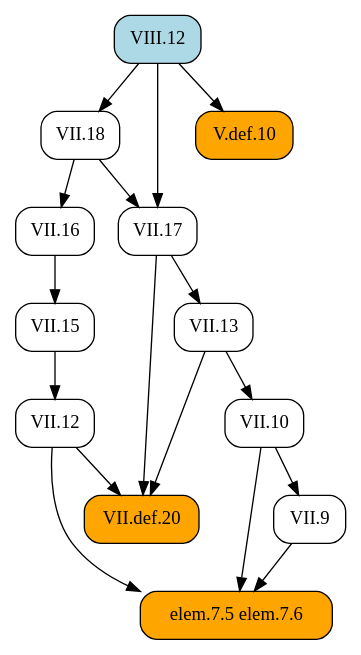
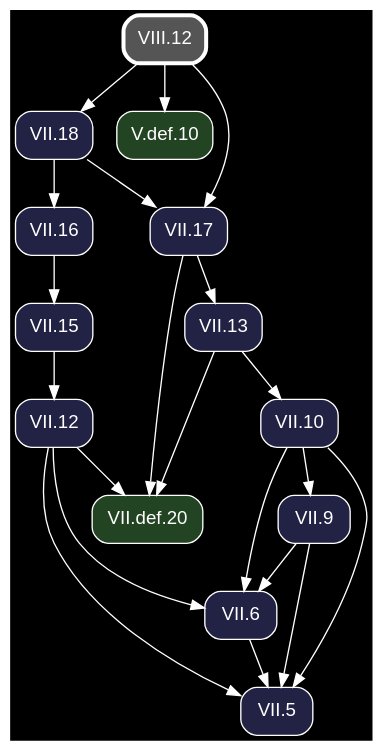
One commit to geometor/elements changed the diagram in docsrc/heath/VIII/12/index.rst. Above: the diagram before and after it, drawn with Graphviz. The commit also changed other lines of this file and 1200 other files, not shown here.

Commit message:
update dependency graphs

```diff
--- a/docsrc/heath/VIII/12/index.rst
+++ b/docsrc/heath/VIII/12/index.rst
@@ -60,34 +60,41 @@
 .. graphviz::
 
    digraph {
+     bgcolor="black";
+     node [shape=box, style="rounded,filled", fontname="Helvetica", color="white", fontcolor="white"];
+     edge [color="white", fontcolor="white"];
      rankdir="TB";
-     node [shape=box, style=rounded];
-     "VII.13" [URL="/heath/VII/13/", target="_top"];
-     "VII.12" [URL="/heath/VII/12/", target="_top"];
-     "elem.7.5 elem.7.6" [style="rounded,filled", fillcolor=orange];
-     "VII.9" [URL="/heath/VII/9/", target="_top"];
-     "VII.18" [URL="/heath/VII/18/", target="_top"];
-     "VII.def.20" [style="rounded,filled", fillcolor=orange, URL="/heath/VII/def.20/", target="_top"];
-     "VII.16" [URL="/heath/VII/16/", target="_top"];
-     "VIII.12" [style="rounded,filled", fillcolor=lightblue, URL="/heath/VIII/12/", target="_top"];
-     "VII.17" [URL="/heath/VII/17/", target="_top"];
-     "V.def.10" [style="rounded,filled", fillcolor=orange, URL="/heath/V/def.10/", target="_top"];
-     "VII.15" [URL="/heath/VII/15/", target="_top"];
-     "VII.10" [URL="/heath/VII/10/", target="_top"];
+     "VII.12" [fillcolor="#222244", URL="/heath/VII/12/", target="_top"];
+     "VII.13" [fillcolor="#222244", URL="/heath/VII/13/", target="_top"];
+     "VIII.12" [penwidth=3, color="white", fillcolor="#555555", URL="/heath/VIII/12/", target="_top"];
+     "VII.10" [fillcolor="#222244", URL="/heath/VII/10/", target="_top"];
+     "VII.18" [fillcolor="#222244", URL="/heath/VII/18/", target="_top"];
+     "V.def.10" [fillcolor="#224422", URL="/heath/V/def.10/", target="_top"];
+     "VII.5" [fillcolor="#222244", URL="/heath/VII/5/", target="_top"];
+     "VII.def.20" [fillcolor="#224422", URL="/heath/VII/def.20/", target="_top"];
+     "VII.9" [fillcolor="#222244", URL="/heath/VII/9/", target="_top"];
+     "VII.6" [fillcolor="#222244", URL="/heath/VII/6/", target="_top"];
+     "VII.16" [fillcolor="#222244", URL="/heath/VII/16/", target="_top"];
+     "VII.17" [fillcolor="#222244", URL="/heath/VII/17/", target="_top"];
+     "VII.15" [fillcolor="#222244", URL="/heath/VII/15/", target="_top"];
+     "VII.15" -> "VII.12";
      "VII.17" -> "VII.13";
-     "VII.15" -> "VII.12";
-     "VII.9" -> "elem.7.5 elem.7.6";
-     "VII.10" -> "elem.7.5 elem.7.6";
-     "VII.12" -> "elem.7.5 elem.7.6";
-     "VII.10" -> "VII.9";
+     "VII.13" -> "VII.10";
      "VIII.12" -> "VII.18";
+     "VIII.12" -> "V.def.10";
+     "VII.6" -> "VII.5";
+     "VII.9" -> "VII.5";
+     "VII.10" -> "VII.5";
+     "VII.12" -> "VII.5";
      "VII.12" -> "VII.def.20";
      "VII.13" -> "VII.def.20";
      "VII.17" -> "VII.def.20";
+     "VII.10" -> "VII.9";
+     "VII.9" -> "VII.6";
+     "VII.10" -> "VII.6";
+     "VII.12" -> "VII.6";
      "VII.18" -> "VII.16";
      "VII.18" -> "VII.17";
      "VIII.12" -> "VII.17";
-     "VIII.12" -> "V.def.10";
      "VII.16" -> "VII.15";
-     "VII.13" -> "VII.10";
    }
```
